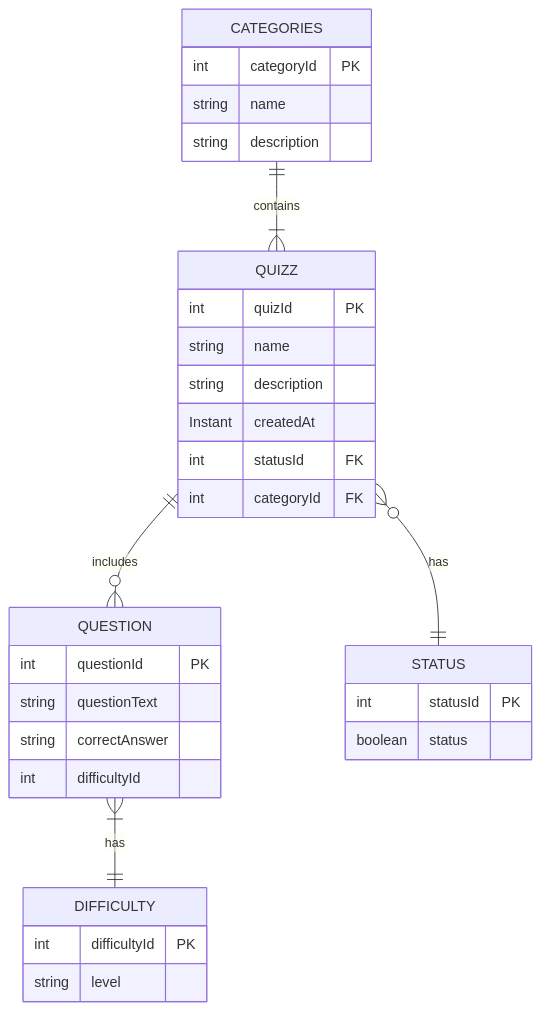
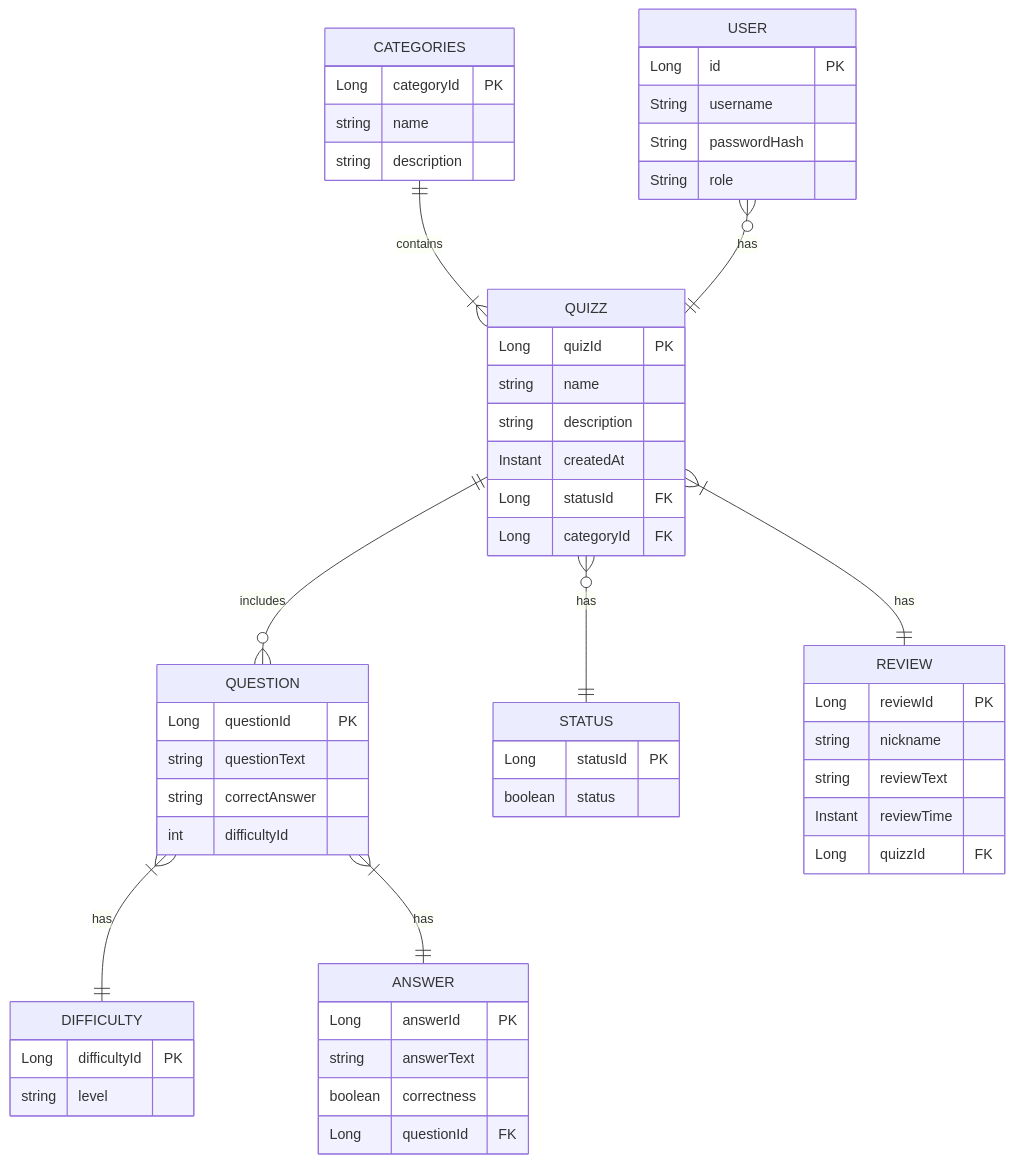
The second of 2 diagrams in README.md (softProTeam1/quizzer_project_teamB), drawn with Mermaid before and after one commit.

Commit message:
update diagrams, add USER, REVIEW, and ANSWER

````diff
--- a/README.md
+++ b/README.md
@@ -83,39 +83,64 @@
 ```mermaid
 erDiagram
     CATEGORIES ||--|{ QUIZZ : contains
     QUIZZ ||--o{ QUESTION : includes
     QUIZZ }o--|| STATUS : has
     QUESTION }|--|| DIFFICULTY : has
+    QUESTION }|--|| ANSWER : has
+    QUIZZ }|--|| REVIEW : has
+    USER }o--|| QUIZZ : has
 
     CATEGORIES {
-        int categoryId PK
+        Long categoryId PK
         string name
         string description
     }
 
     QUIZZ {
-        int quizId PK
+        Long quizId PK
         string name
         string description
         Instant createdAt
-        int statusId FK
-        int categoryId FK
+        Long statusId FK
+        Long categoryId FK
     }
 
     QUESTION {
-        int questionId PK
+        Long questionId PK
         string questionText
         string correctAnswer
         int difficultyId
     }
 
     STATUS {
-        int statusId PK
+        Long statusId PK
         boolean status
     }
 
     DIFFICULTY {
-        int difficultyId PK
+        Long difficultyId PK
         string level
     }
+    
+    ANSWER {
+        Long answerId PK
+        string answerText
+        boolean correctness
+        Long questionId FK
+    }
+    REVIEW {
+        Long reviewId PK
+        string nickname
+        string reviewText
+        Instant reviewTime
+        Long quizzId FK
+    }
+    
+    USER {
+    Long id PK
+    String username
+    String passwordHash
+    String role
+    }
+    
 ```
````
